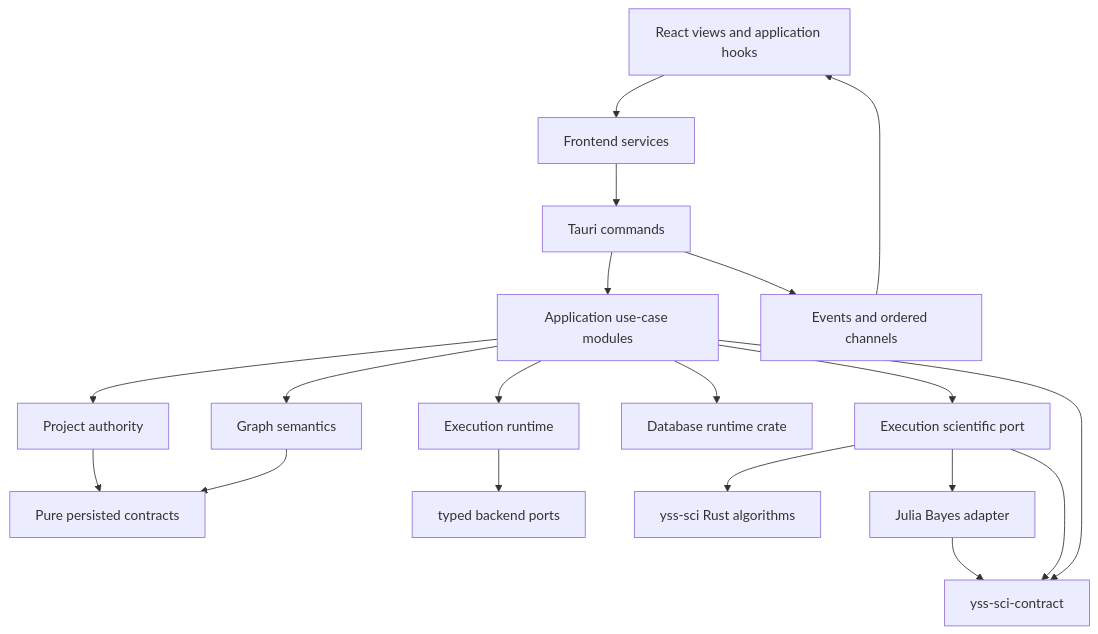
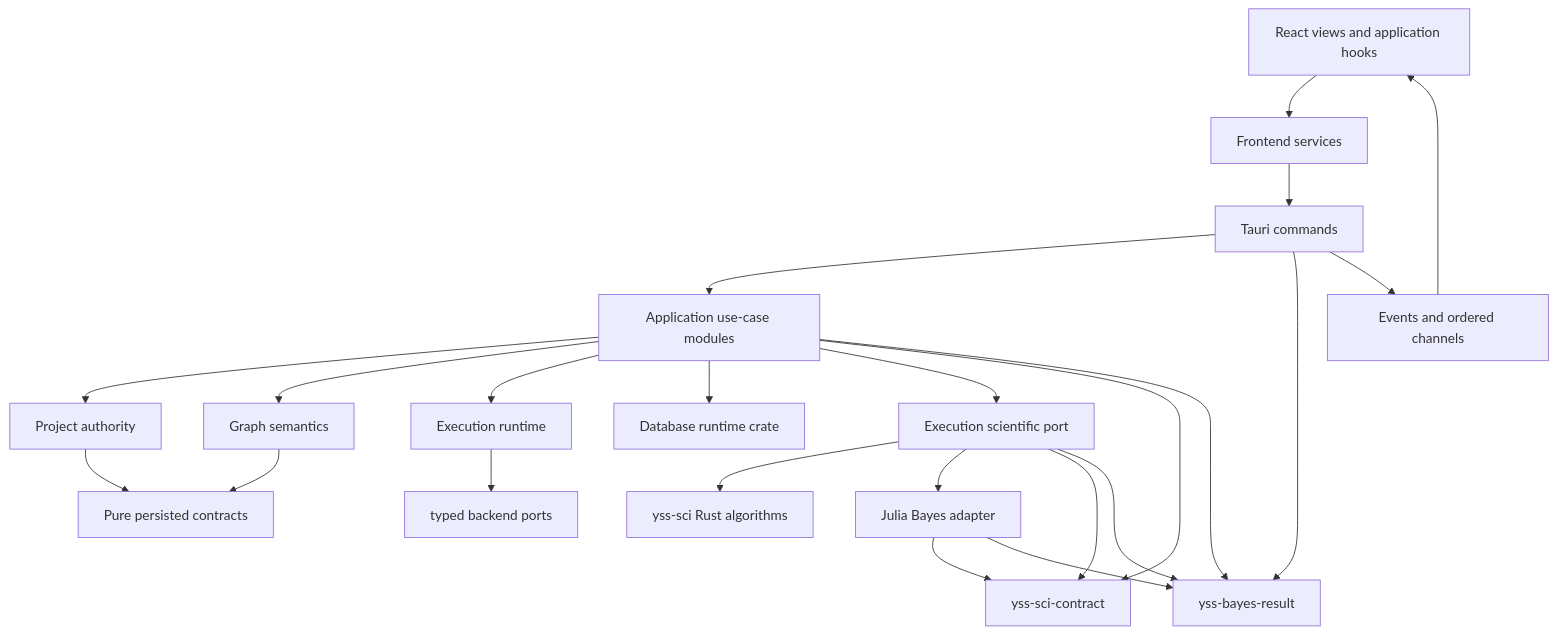
The first of 3 diagrams in docs/architecture/ARCHITECTURE.md (zhouyi207/YssBI), drawn with Mermaid before and after one commit. The commit also changed other lines of this file and 29 other files, not shown here.

Commit message:
refactor(bayes): extract yss-bayes-result

````diff
--- a/docs/architecture/ARCHITECTURE.md
+++ b/docs/architecture/ARCHITECTURE.md
@@ -29,21 +30,25 @@
 ```mermaid
 flowchart TD
   UI[React views and application hooks] --> FE[Frontend services]
   FE --> CMD[Tauri commands]
   CMD --> APP[Application use-case modules]
   APP --> PROJECT[Project authority]
   APP --> GRAPH[Graph semantics]
   APP --> EXEC[Execution runtime]
   APP --> DB[Database runtime crate]
   APP --> SCI[Execution scientific port]
   PROJECT --> PURE[Pure persisted contracts]
   GRAPH --> PURE
   EXEC --> PORTS[typed backend ports]
   SCI --> RUSTSCI[yss-sci Rust algorithms]
   SCI --> JULIA[Julia Bayes adapter]
   APP --> SCICONTRACT[yss-sci-contract]
   SCI --> SCICONTRACT
   JULIA --> SCICONTRACT
+  CMD --> BAYESRESULT[yss-bayes-result]
+  APP --> BAYESRESULT
+  SCI --> BAYESRESULT
+  JULIA --> BAYESRESULT
   CMD --> CHANNEL[Events and ordered channels]
   CHANNEL --> UI
 ```
````
